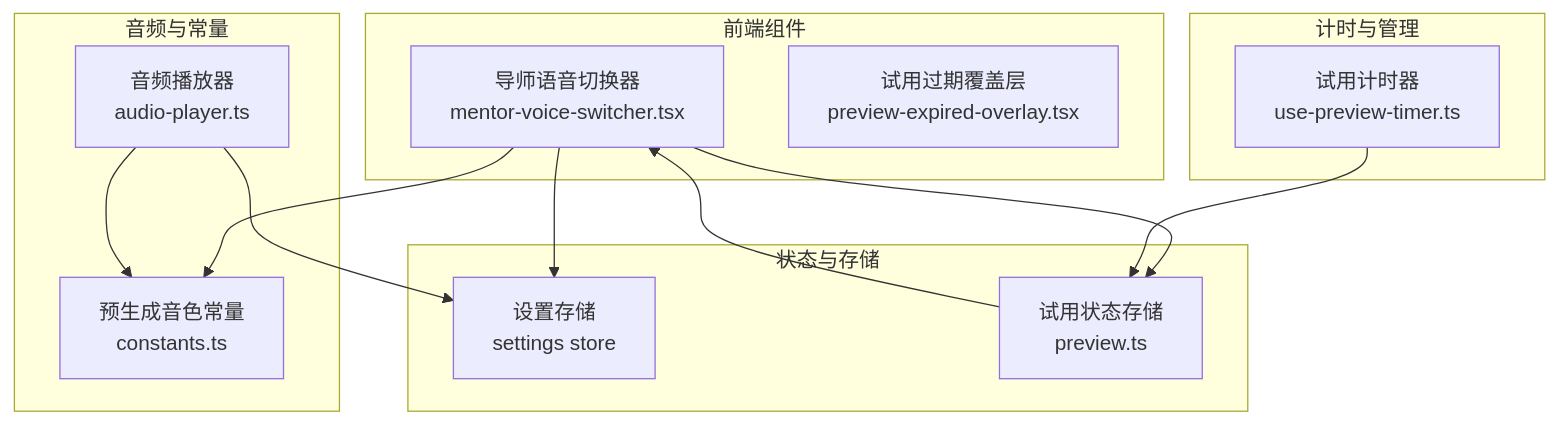
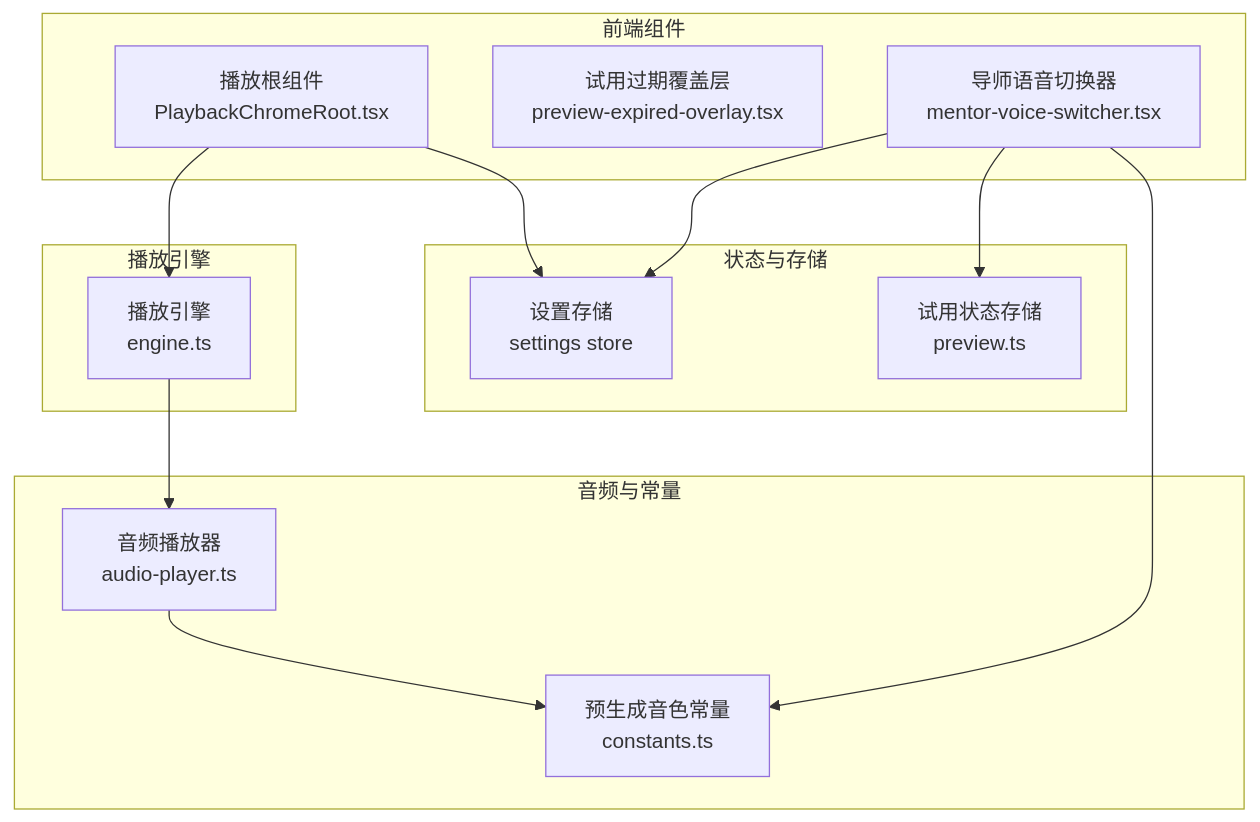
Before and after one commit to huangboheng/OpenMAIC: the fifth of 10 diagrams in .qoder/repowiki/zh/content/UI 组件系统/课堂播放组件/导师语音切换器组件.md, drawn with Mermaid. The commit also changed other lines of this file and 12 other files, not shown here.

````diff
--- a/.qoder/repowiki/zh/content/UI 组件系统/课堂播放组件/导师语音切换器组件.md
+++ b/.qoder/repowiki/zh/content/UI 组件系统/课堂播放组件/导师语音切换器组件.md
@@ -209,25 +246,26 @@
 ```mermaid
 graph TB
 subgraph "前端组件"
 VS["导师语音切换器<br/>mentor-voice-switcher.tsx"]
 PEO["试用过期覆盖层<br/>preview-expired-overlay.tsx"]
+PCR["播放根组件<br/>PlaybackChromeRoot.tsx"]
 end
 subgraph "状态与存储"
 SS["设置存储<br/>settings store"]
 PS["试用状态存储<br/>preview.ts"]
 end
 subgraph "音频与常量"
 CT["预生成音色常量<br/>constants.ts"]
 AP["音频播放器<br/>audio-player.ts"]
 end
-subgraph "计时与管理"
-PT["试用计时器<br/>use-preview-timer.ts"]
+subgraph "播放引擎"
+PE["播放引擎<br/>engine.ts"]
 end
 VS --> SS
 VS --> PS
 VS --> CT
-AP --> SS
+PCR --> SS
+PCR --> PE
+PE --> AP
 AP --> CT
-PT --> PS
-PS --> VS
 ```
````
